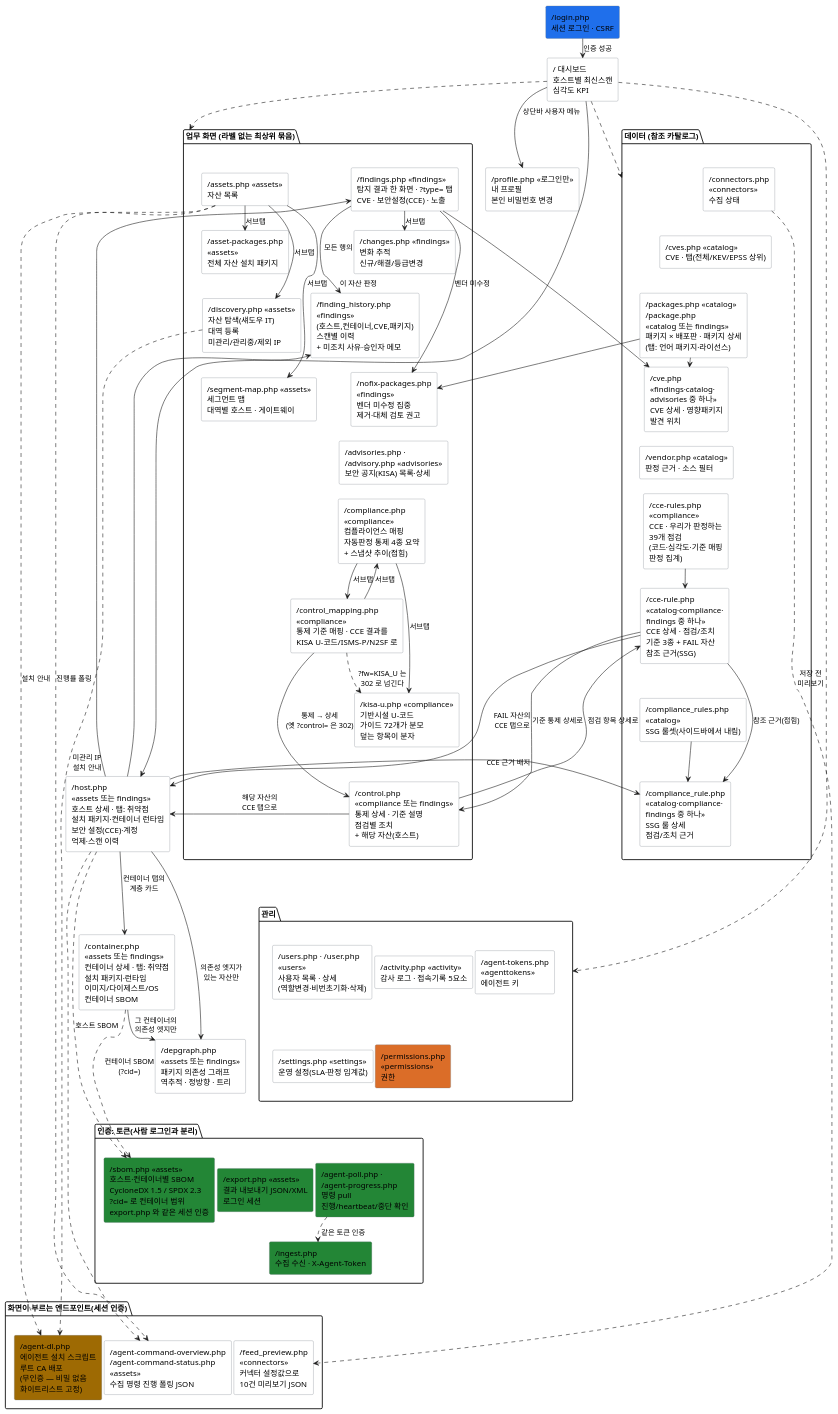
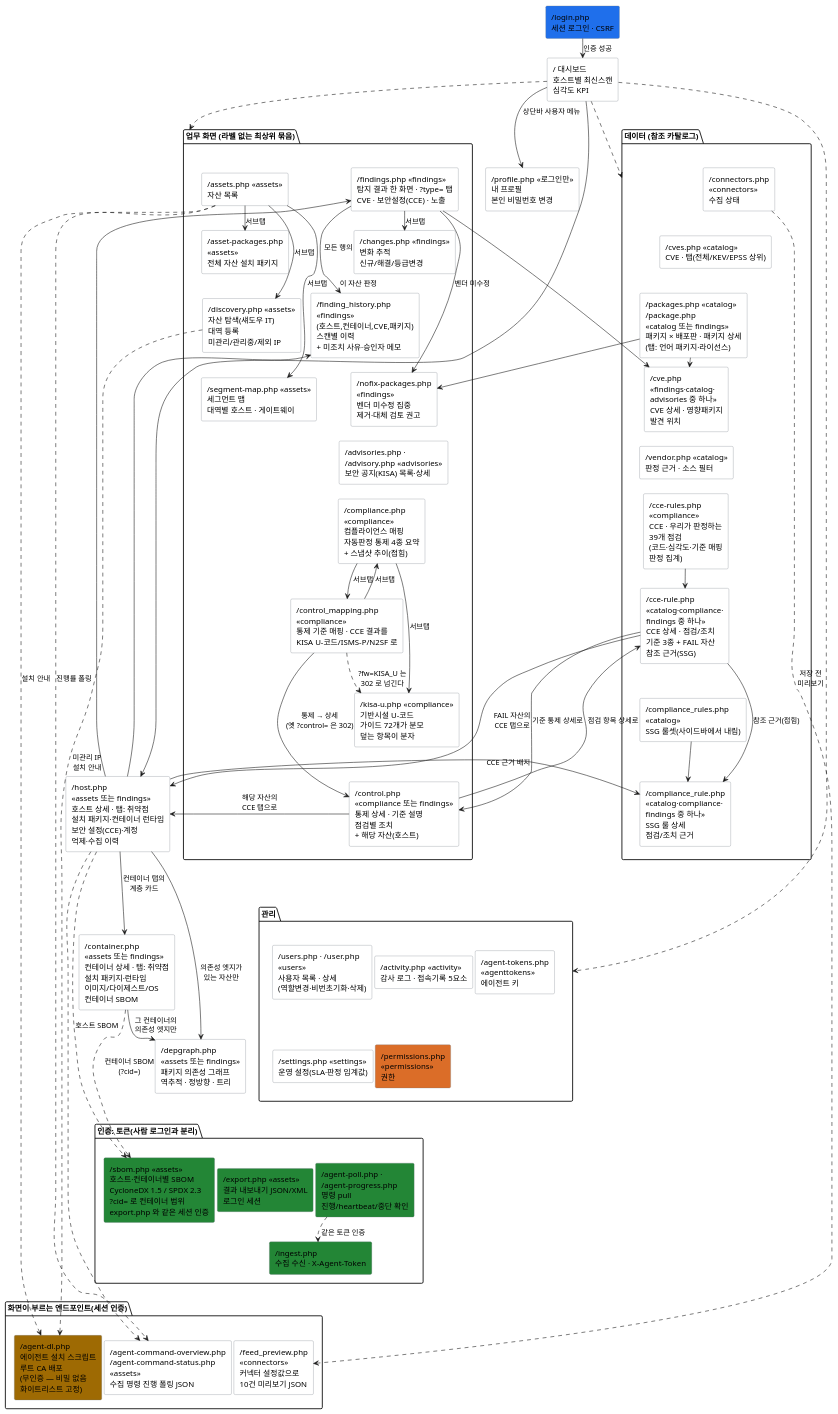
The diagram in docs/specs/diagrams/사이트맵.puml (JeongDoWook/vuln-agent), drawn with PlantUML before and after one commit. The commit also changed 57 other files, not shown here.

```diff
--- a/docs/specs/diagrams/사이트맵.puml
+++ b/docs/specs/diagrams/사이트맵.puml
@@ -1,170 +1,170 @@
 @startuml 사이트맵
 ' vuln-agent §6 웹 화면 구성 (사이트맵 · 인증)
 ' 원본: docs/dev/architecture.md §6 (mermaid flowchart TD)
 '
 ' 배치: 묶음(package)을 옆으로 늘어놓으면 viewBox 폭이 4489 까지 벌어져
 ' 문서 본문 폭(약 900px)에 인라인될 때 글자가 3px 로 줄어 못 읽는다.
 ' → 묶음 안을 보이지 않는 배치용 선으로 1~2열까지 접고, 묶음끼리는 위아래로 쌓는다.
 '   업무·데이터는 서로 오가는 링크(PKG→NOFIX, CCED→HOST …)가 있어 같은 층에 걸치므로
 '   나란히 놓일 수밖에 없다 — 그래서 이 둘만 좌우로 두고 각각을 좁게 접었다.
 '   긴 라벨도 손으로 줄바꿈해 박스 폭을 깎는다(뜻은 그대로).
 
 skinparam wrapWidth 230
 skinparam nodesep 4
 skinparam ranksep 16
 skinparam rectangle {
     BackgroundColor #ffffff
     BorderColor #6e7681
 }
 skinparam shadowing false
 
 rectangle "/login.php\n세션 로그인 · CSRF" as LOGIN #1f6feb
 rectangle "/ 대시보드\n호스트별 최신스캔\n심각도 KPI" as DASH
-rectangle "/host.php\n«assets 또는 findings»\n호스트 상세 · 탭: 취약점\n설치 패키지·컨테이너 런타임\n보안 설정(CCE)·계정\n억제·스캔 이력" as HOST
+rectangle "/host.php\n«assets 또는 findings»\n호스트 상세 · 탭: 취약점\n설치 패키지·컨테이너 런타임\n보안 설정(CCE)·계정\n억제·수집 이력" as HOST
 ' 사이드바 밖 — 상단바 사용자 메뉴. 로그인 사용자 전원(메뉴 권한 없음).
 rectangle "/profile.php «로그인만»\n내 프로필\n본인 비밀번호 변경" as PROF
 ' 사이드바에 없다 — 엣지가 (스캔 × 컨테이너) 단위라 자산 상세에서만 들어간다.
 rectangle "/depgraph.php\n«assets 또는 findings»\n패키지 의존성 그래프\n역추적 · 정방향 · 트리" as DEP
 ' 사이드바에 없다 — 호스트에 딸린 자산이라 자산 상세의 컨테이너 탭에서만 들어간다.
 rectangle "/container.php\n«assets 또는 findings»\n컨테이너 상세 · 탭: 취약점\n설치 패키지·런타임\n이미지/다이제스트/OS\n컨테이너 SBOM" as CTR
 
 ' 내 자산에 관한 사실을 다루는 화면 — 사이드바에서 라벨 없이 항상 펼쳐져 있다.
 package "업무 화면 (라벨 없는 최상위 묶음)" as Work {
     rectangle "/findings.php «findings»\n탐지 결과 한 화면 · ?type= 탭\nCVE · 보안설정(CCE) · 노출" as FIND
     rectangle "/changes.php «findings»\n변화 추적\n신규/해결/등급변경" as CHG
     rectangle "/finding_history.php\n«findings»\n(호스트,컨테이너,CVE,패키지)\n스캔별 이력\n+ 미조치 사유·승인자 메모" as FHIST
     rectangle "/nofix-packages.php\n«findings»\n벤더 미수정 집중\n제거·대체 검토 권고" as NOFIX
     rectangle "/assets.php «assets»\n자산 목록" as ASSETS
     rectangle "/asset-packages.php\n«assets»\n전체 자산 설치 패키지" as APKG
     rectangle "/discovery.php «assets»\n자산 탐색(섀도우 IT)\n대역 등록\n미관리/관리중/제외 IP" as DISC
     rectangle "/segment-map.php «assets»\n세그먼트 맵\n대역별 호스트 · 게이트웨이" as SEG
     rectangle "/advisories.php ·\n/advisory.php «advisories»\n보안 공지(KISA) 목록·상세" as ADV
     rectangle "/compliance.php\n«compliance»\n컴플라이언스 매핑\n자동판정 통제 4종 요약\n+ 스냅샷 추이(접힘)" as CMAP
     rectangle "/control_mapping.php\n«compliance»\n통제 기준 매핑 · CCE 결과를\nKISA U-코드/ISMS-P/N2SF 로" as CTRL
     rectangle "/kisa-u.php «compliance»\n기반시설 U-코드\n가이드 72개가 분모\n덮는 항목이 분자" as KISAU
     rectangle "/control.php\n«compliance 또는 findings»\n통제 상세 · 기준 설명\n점검별 조치\n+ 해당 자산(호스트)" as CDET
 }
 
 ' 외부에서 받아온 참조 카탈로그 — "피드가 제대로 들어왔는지" 를 보는 자리다(업무 화면이 아니다).
 package "데이터 (참조 카탈로그)" as Data {
     rectangle "/connectors.php\n«connectors»\n수집 상태" as CONN
     rectangle "/cves.php «catalog»\nCVE · 탭(전체/KEV/EPSS 상위)" as CVES
     rectangle "/packages.php «catalog»\n/package.php\n«catalog 또는 findings»\n패키지 × 배포판 · 패키지 상세\n(탭: 언어 패키지·라이선스)" as PKG
     rectangle "/cve.php\n«findings·catalog·\nadvisories 중 하나»\nCVE 상세 · 영향패키지\n발견 위치" as CVE
     rectangle "/vendor.php «catalog»\n판정 근거 · 소스 필터" as VEND
     rectangle "/cce-rules.php\n«compliance»\nCCE · 우리가 판정하는\n39개 점검\n(코드·심각도·기준 매핑\n판정 집계)" as CCER
     rectangle "/cce-rule.php\n«catalog·compliance·\nfindings 중 하나»\nCCE 상세 · 점검/조치\n기준 3종 + FAIL 자산\n참조 근거(SSG)" as CCED
     rectangle "/compliance_rules.php\n«catalog»\nSSG 룰셋(사이드바에서 내림)" as CRULES
     rectangle "/compliance_rule.php\n«catalog·compliance·\nfindings 중 하나»\nSSG 룰 상세\n점검/조치 근거" as CRULE
 }
 
 package "관리" as Admin {
     rectangle "/users.php · /user.php\n«users»\n사용자 목록 · 상세\n(역할변경·비번초기화·삭제)" as USERS
     rectangle "/permissions.php\n«permissions»\n권한" as PERM #db6d28
     rectangle "/agent-tokens.php\n«agenttokens»\n에이전트 키" as ATOK
     rectangle "/activity.php «activity»\n감사 로그 · 접속기록 5요소" as ACT
     rectangle "/settings.php «settings»\n운영 설정(SLA·판정 임계값)" as SET
 }
 
 package "인증: 토큰(사람 로그인과 분리)" as API {
     rectangle "/ingest.php\n수집 수신 · X-Agent-Token" as ING #238636
     rectangle "/agent-poll.php ·\n/agent-progress.php\n명령 pull\n진행/heartbeat/중단 확인" as APOLL #238636
     rectangle "/export.php «assets»\n결과 내보내기 JSON/XML\n로그인 세션" as EXP #238636
     rectangle "/sbom.php «assets»\n호스트·컨테이너별 SBOM\nCycloneDX 1.5 / SPDX 2.3\n?cid= 로 컨테이너 범위\nexport.php 와 같은 세션 인증" as SBOM #238636
 }
 
 ' 화면이 아니라 화면이 부르는 엔드포인트다. 사람이 주소창에 치는 곳이 아니라서 사이드바에 없다.
 package "화면이 부르는 엔드포인트(세션 인증)" as Xhr {
     rectangle "/agent-command-overview.php\n/agent-command-status.php\n«assets»\n수집 명령 진행 폴링 JSON" as ACMD
     rectangle "/feed_preview.php\n«connectors»\n커넥터 설정값으로\n10건 미리보기 JSON" as FPRE
     rectangle "/agent-dl.php\n에이전트 설치 스크립트\n루트 CA 배포\n(무인증 — 비밀 없음\n화이트리스트 고정)" as ADL #9e6a03
 }
 
 LOGIN --> DASH : 인증 성공
 DASH --> PROF : 상단바 사용자 메뉴
 
 DASH --> HOST
 ASSETS --> APKG : 서브탭
 ASSETS --> DISC : 서브탭
 ASSETS --> SEG  : 서브탭
 DISC ..> ADL : 미관리 IP\n설치 안내
 HOST --> FIND
 FIND --> CVE
 FIND --> CHG : 서브탭
 FIND --> FHIST : 모든 행의\n"이 자산 판정"
 HOST --> FHIST
 HOST --> DEP : 의존성 엣지가\n있는 자산만
 HOST --> CTR : 컨테이너 탭의\n계층 카드
 CTR --> DEP : 그 컨테이너의\n의존성 엣지만
 HOST ..> SBOM : 호스트 SBOM
 CTR ..> SBOM : 컨테이너 SBOM\n(?cid=)
 FIND --> NOFIX : 벤더 미수정
 PKG --> NOFIX
 HOST --> CRULE : CCE 근거 배지
 CRULES --> CRULE
 CCER --> CCED
 CCED --> CDET : 기준 통제 상세로
 CDET --> CCED : 점검 항목 상세로
 CCED --> CRULE : 참조 근거(접힘)
 CCED --> HOST : FAIL 자산의\nCCE 탭으로
 PKG --> CVE
 CMAP --> KISAU : 서브탭
 CMAP --> CTRL : 서브탭
 CTRL ..> KISAU : ?fw=KISA_U 는\n302 로 넘긴다
 CTRL --> CMAP : 서브탭
 CTRL --> CDET : 통제 → 상세\n(옛 ?control= 은 302)
 CDET --> HOST : 해당 자산의\nCCE 탭으로
 
 DASH ..> Work
 DASH ..> Data
 DASH ..> Admin
 
 APOLL ..> ING : 같은 토큰 인증
 
 ASSETS ..> ACMD : 진행률 폴링
 HOST   ..> ACMD
 ASSETS ..> ADL : 설치 안내
 CONN   ..> FPRE : 저장 전\n미리보기
 
 ' ── 보이지 않는 배치용 선 ──────────────────────────────────
 '   업무: 칸1 FIND-CHG-FHIST-NOFIX-ADV-CMAP-CTRL-KISAU-CDET · 칸2 ASSETS-APKG-DISC-SEG
 CHG   -[hidden]down- FHIST
 FHIST -[hidden]down- NOFIX
 NOFIX -[hidden]down- ADV
 ADV   -[hidden]down- CMAP
 KISAU -[hidden]down- CDET
 APKG  -[hidden]down- DISC
 DISC  -[hidden]down- SEG
 '   데이터: 한 칸(CONN-CVES-PKG-CVE-VEND-CCER-CCED-CRULES-CRULE)
 CONN -[hidden]down- CVES
 CVES -[hidden]down- PKG
 CVE  -[hidden]down- VEND
 VEND -[hidden]down- CCER
 CCED -[hidden]down- CRULES
 '   업무·데이터 → 관리 → 토큰 인증 → 엔드포인트: 층으로 쌓는다
 CDET  -[hidden]down- HOST
 CRULE -[hidden]down- HOST
 HOST  -[hidden]down- USERS
 CRULE -[hidden]down- ATOK
 SEG   -[hidden]down- ACT
 '   관리: 칸1 USERS-PERM · 칸2 ATOK · 칸3 ACT-SET
 USERS -[hidden]down- PERM
 ACT   -[hidden]down- SET
 '   토큰 인증: 칸1 APOLL-ING · 칸2 EXP · 칸3 SBOM
 PERM -[hidden]down- APOLL
 ATOK -[hidden]down- EXP
 SET  -[hidden]down- SBOM
 APOLL -[hidden]down- ING
 '   엔드포인트: 칸1 ACMD · 칸2 FPRE · 칸3 ADL
 ING  -[hidden]down- ACMD
 EXP  -[hidden]down- FPRE
 SBOM -[hidden]down- ADL
 
 ' ── 사이트맵에 넣지 않은 URL ─────────────────────────────
 ' /index.php  : 대시보드(DASH) 그 자체다 — 같은 화면을 두 번 그리지 않는다.
 ' /logout.php : 화면이 아니라 세션 파기 후 /login.php 로 보내는 리다이렉트다.
 ' /language-packages.php : 옛 링크·북마크 호환용 302 shim. 실제 화면은 /packages.php?tab=lang(PKG)로 흡수됐다.
 ' /styleguide.php : 업무 화면이 아니라 UI 디자인 시스템(아이콘·범례·토큰) 참조 페이지다. 사이드바에도
 '                   어디에서도 링크되지 않고 개발자가 주소를 직접 쳐야 열린다(perm 은 dashboard).
 
 @enduml
```
